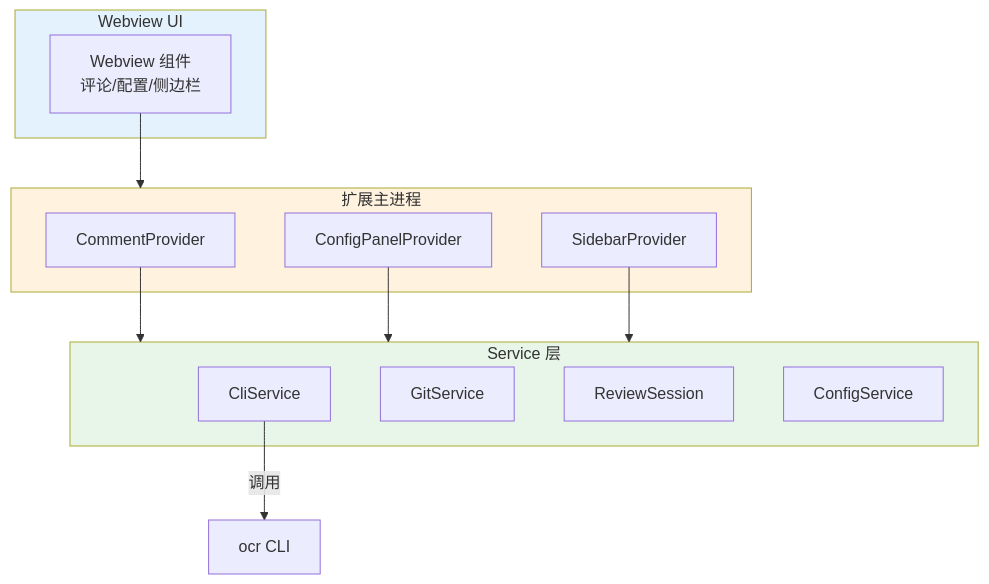
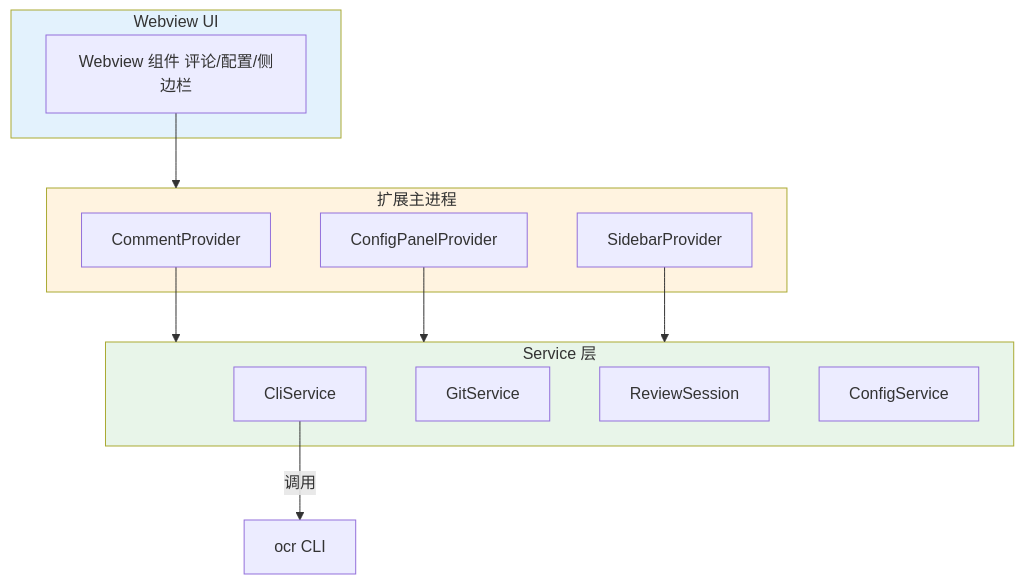
Before and after one commit to awesome-flexloop/awesome-okf: the fifth of 7 diagrams in doc/bundles/jishu/ai/products/open-code-review/concepts/06-integrations.md, drawn with Mermaid. The commit also changed other lines of this file and 10 other files, not shown here.

First line of the commit message:
docs(bundle): 清偿 Open Code Review 存量 Mermaid 违规避免规范漂移累积

````diff
--- a/doc/bundles/jishu/ai/products/open-code-review/concepts/06-integrations.md
+++ b/doc/bundles/jishu/ai/products/open-code-review/concepts/06-integrations.md
@@ -414,29 +404,25 @@
 ```mermaid
 graph TB
     subgraph UI["Webview UI"]
-        WV["Webview 组件<br/>评论/配置/侧边栏"]
+        WV["Webview 组件 评论/配置/侧边栏"]
     end
-
     subgraph EXT["扩展主进程"]
         CP["CommentProvider"]
         CFP["ConfigPanelProvider"]
         SBP["SidebarProvider"]
     end
-
     subgraph SVC["Service 层"]
         CLI["CliService"]
         GIT["GitService"]
         RS["ReviewSession"]
         CFG["ConfigService"]
     end
-
     WV --> EXT
     CP --> SVC
     CFP --> SVC
     SBP --> SVC
-    CLI -->|调用| OCR["ocr CLI"]
-
+    CLI -->|"调用"| OCR["ocr CLI"]
     style UI fill:#e3f2fd
     style EXT fill:#fff3e0
     style SVC fill:#e8f5e9
 ```
````
